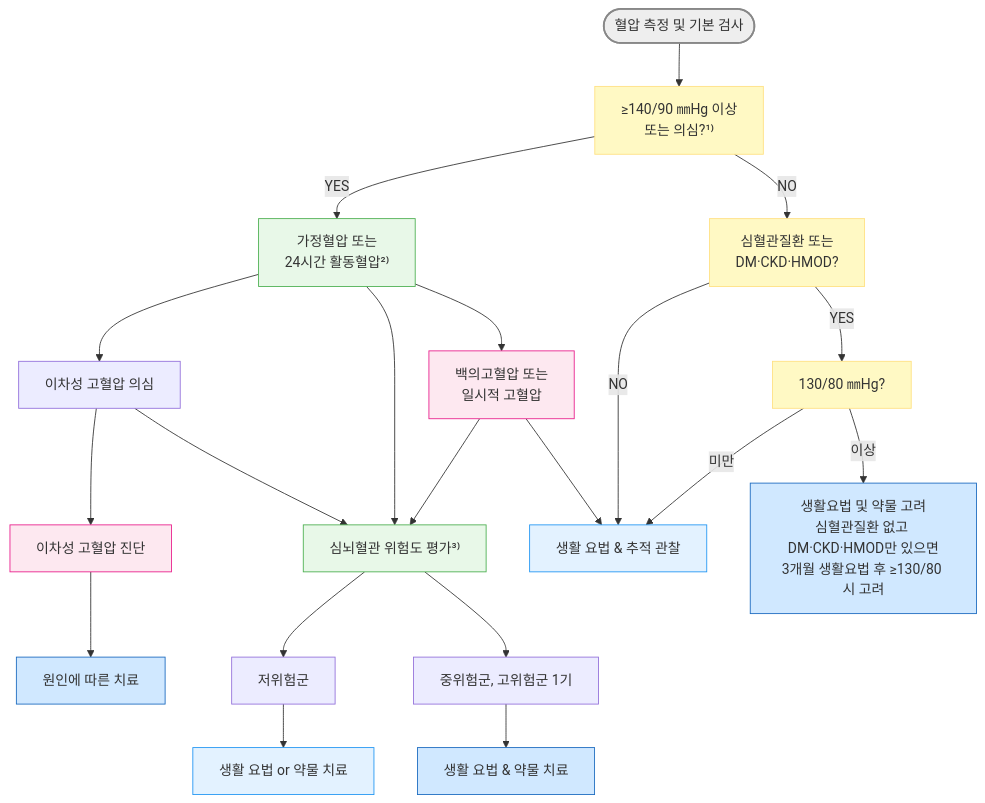
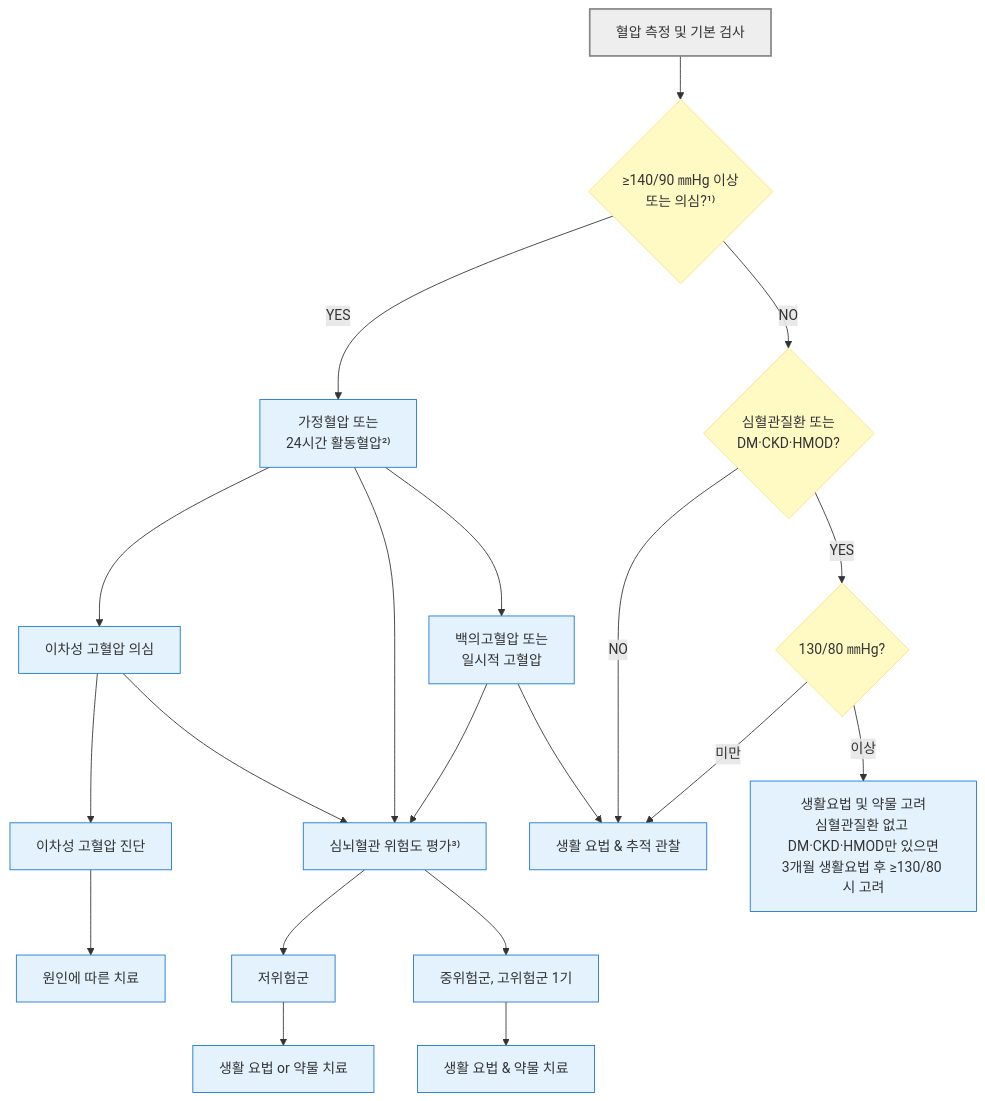
One commit to familyoh77/familyoh77 changed the second of 4 diagrams in 225_/095_-hypertension.md. Above: the diagram before and after it, drawn with Mermaid. The commit also changed other lines of this file and 5 other files, not shown here.

````diff
--- a/225_/095_-hypertension.md
+++ b/225_/095_-hypertension.md
@@ -495,54 +483,64 @@
 ```mermaid
-graph TD
-    S1([혈압 측정 및 기본 검사])
-style S1 fill:#eeeeee,stroke:#888888,stroke-width:2px
-    S2[≥140/90 ㎜Hg 이상<br/>또는 의심?¹⁾]
-    S3[가정혈압 또는 <br/>24시간 활동혈압²⁾]
-    S22["심혈관질환 또는<br/>DM·CKD·HMOD?"]
-    S23[130/80 ㎜Hg?]
-classDef yellow fill:#fff9c4,stroke:#ffe082
-class S2,S22,S23 yellow
-    S4[이차성 고혈압 의심]
-    S5[심뇌혈관 위험도 평가³⁾]
-classDef lightGreen fill:#e8f8e8,stroke:#4caf50
-class S3,S5 lightGreen
-    S6[백의고혈압 또는 <br/>일시적 고혈압]
-    S7[이차성 고혈압 진단]
-classDef pink fill:#fde8f0,stroke:#e91e8c
-class S6,S7 pink
-    S8[저위험군]
-    S9[중위험군, 고위험군 1기]
+flowchart TD
+    S1["혈압 측정 및 기본 검사"]
+
+    S2{"≥140/90 ㎜Hg 이상
+또는 의심?¹⁾"}
+    S3["가정혈압 또는 
+24시간 활동혈압²⁾"]
+    S22{"심혈관질환 또는
+DM·CKD·HMOD?"}
+    S23{"130/80 ㎜Hg?"}
+
+
+    S4["이차성 고혈압 의심"]
+    S5["심뇌혈관 위험도 평가³⁾"]
+
+
+    S6["백의고혈압 또는 
+일시적 고혈압"]
+    S7["이차성 고혈압 진단"]
+
+
+    S8["저위험군"]
+    S9["중위험군, 고위험군 1기"]
     
-    S10[원인에 따른 치료]
-    S11[생활 요법 or 약물 치료]
-    S12[생활 요법 & 약물 치료]
-    S13[생활 요법 & 추적 관찰]
-    S14["생활요법 및 약물 고려<br/>심혈관질환 없고 DM·CKD·HMOD만 있으면<br/>3개월 생활요법 후 ≥130/80 시 고려"]
-classDef sky fill:#e3f2ff,stroke:#2196f3
-class S11,S13 sky
-classDef blue fill:#d0e8ff,stroke:#1a6abf
-class S10,S12,S14 blue
+    S10["원인에 따른 치료"]
+    S11["생활 요법 or 약물 치료"]
+    S12["생활 요법 & 약물 치료"]
+    S13["생활 요법 & 추적 관찰"]
+    S14["생활요법 및 약물 고려
+심혈관질환 없고 DM·CKD·HMOD만 있으면
+3개월 생활요법 후 ≥130/80 시 고려"]
+
+
     S1 --> S2
     S2 -- YES --> S3
     S2 -- NO --> S22
     S22 -- NO --> S13
     S22 -- YES --> S23
     S23 -- 미만 --> S13
     S23 -- 이상 --> S14
     
     S3 --> S4
     S3 --> S5
     S3 --> S6
     
     S4 --> S7
     S4 --> S5
     S7 --> S10
     
     S5 --> S8
     S5 --> S9
     
     S8 --> S11
     S9 --> S12
     S6 --> S5
     S6 --> S13
+    classDef question fill:#fff9c4,stroke:#ffe082
+    classDef treatment fill:#e3f2fd,stroke:#1976d2
+    classDef emergency fill:#ffdddd,stroke:#d32f2f,stroke-width:2px
+    class S2,S22,S23 question
+    class S3,S4,S5,S6,S7,S8,S9,S10,S11,S12,S13,S14 treatment
+    style S1 fill:#eeeeee,stroke:#888888,stroke-width:2px
 ```
````
